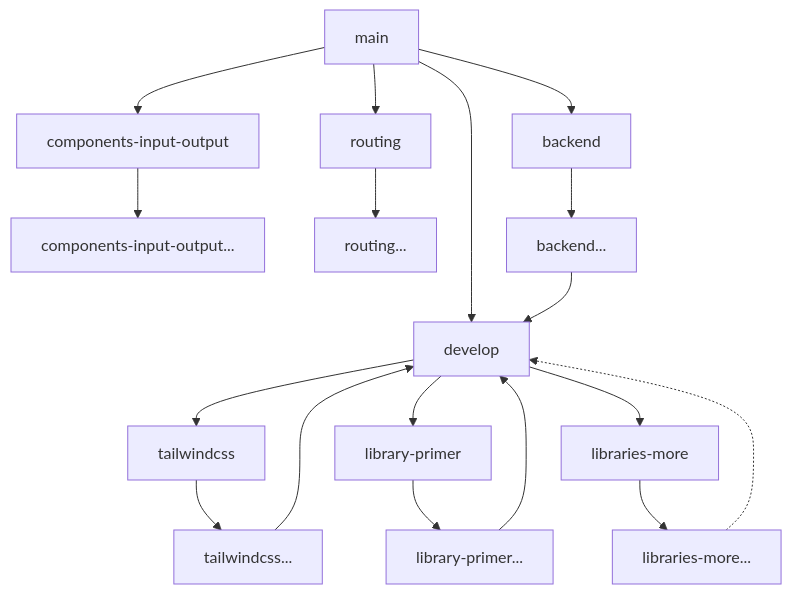
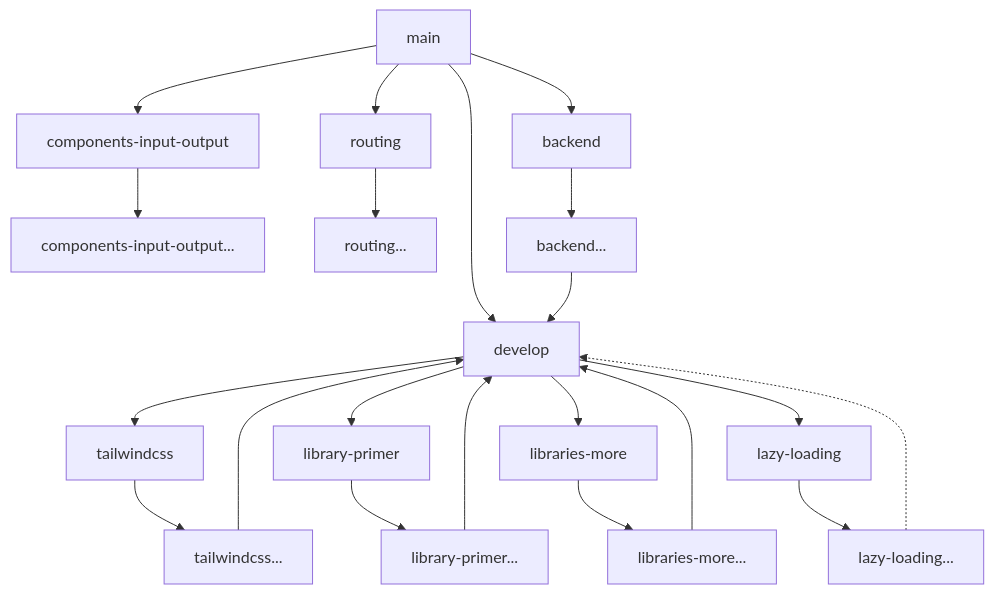
One commit to christodoulos/coding-factory-fullstack changed the diagram in README.md. Above: the diagram before and after it, drawn with Mermaid. The commit also changed other lines of this file, not shown here.

````diff
--- a/README.md
+++ b/README.md
@@ -10,20 +10,23 @@
 ```mermaid
 flowchart TB
     main --> components-input-output
     components-input-output --> components-input-output...
     main --> routing
     routing --> routing...
     main --> develop
     main --> backend
     backend --> backend...
     backend... --> develop
     develop --> tailwindcss
     tailwindcss --> tailwindcss...
     tailwindcss... --> develop
     develop --> library-primer
     library-primer --> library-primer...
     library-primer... --> develop
     develop --> libraries-more
     libraries-more --> libraries-more...
-    libraries-more... -.-> develop
+    libraries-more... --> develop
+    develop --> lazy-loading
+    lazy-loading --> lazy-loading...
+    lazy-loading... -.-> develop
 ```
````
